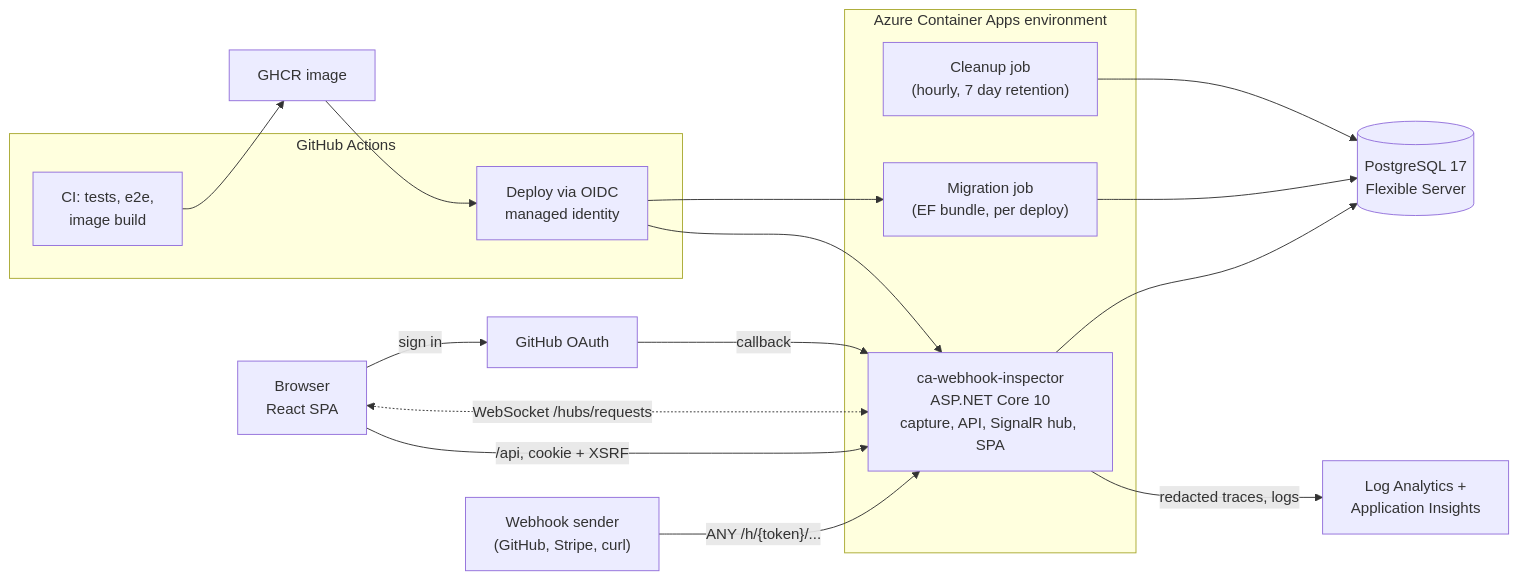
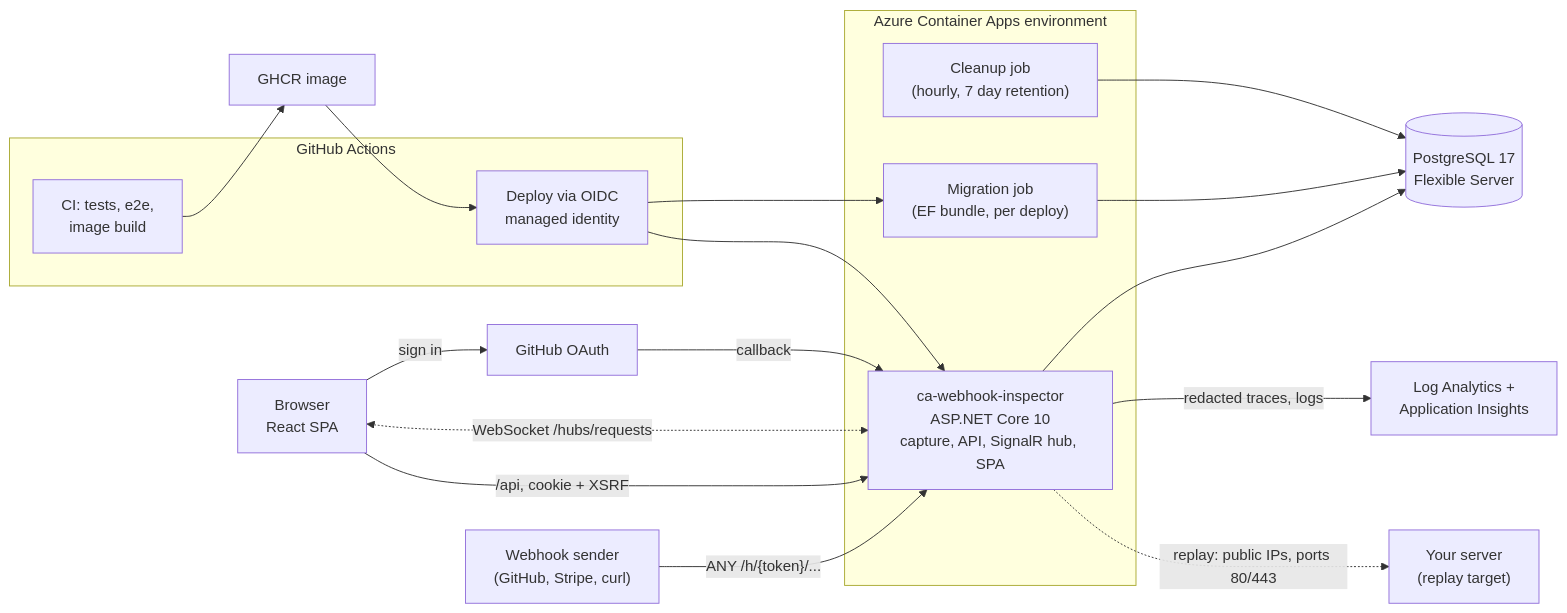
The diagram in docs/images/architecture.mmd (jeghetermats/webhook-inspector), drawn with Mermaid before and after one commit. The commit also changed 4 other files, not shown here.

```diff
--- a/docs/images/architecture.mmd
+++ b/docs/images/architecture.mmd
@@ -1,32 +1,33 @@
 flowchart LR
   sender["Webhook sender<br/>(GitHub, Stripe, curl)"]
   user["Browser<br/>React SPA"]
   gh["GitHub OAuth"]
 
   subgraph aca["Azure Container Apps environment"]
     app["ca-webhook-inspector<br/>ASP.NET Core 10<br/>capture, API, SignalR hub, SPA"]
     migrate["Migration job<br/>(EF bundle, per deploy)"]
     cleanup["Cleanup job<br/>(hourly, 7 day retention)"]
   end
 
   db[("PostgreSQL 17<br/>Flexible Server")]
   mon["Log Analytics +<br/>Application Insights"]
 
   subgraph ci["GitHub Actions"]
     build["CI: tests, e2e,<br/>image build"]
     deploy["Deploy via OIDC<br/>managed identity"]
   end
   ghcr["GHCR image"]
 
   sender -- "ANY /h/{token}/..." --> app
   user -- "/api, cookie + XSRF" --> app
   user <-. "WebSocket /hubs/requests" .-> app
   user -- "sign in" --> gh
   gh -- "callback" --> app
   app --> db
   migrate --> db
   cleanup --> db
   app -- "redacted traces, logs" --> mon
+  app -. "replay: public IPs, ports 80/443" .-> replayTarget["Your server<br/>(replay target)"]
   build --> ghcr --> deploy
   deploy --> migrate
   deploy --> app
```
